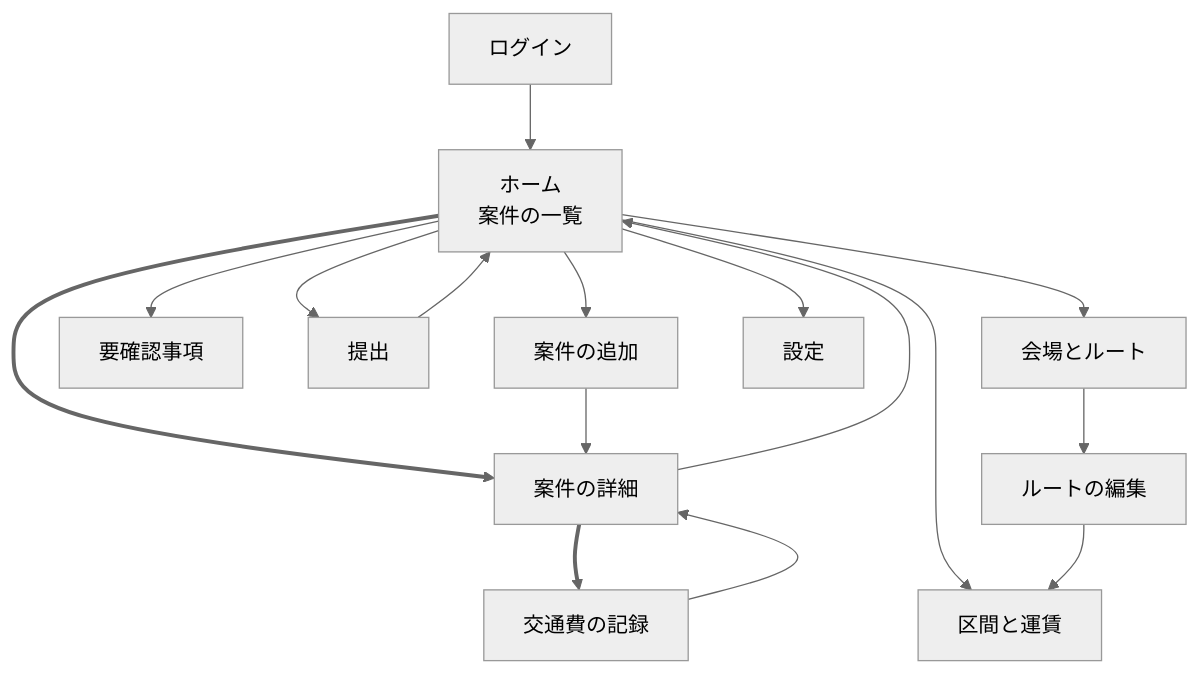
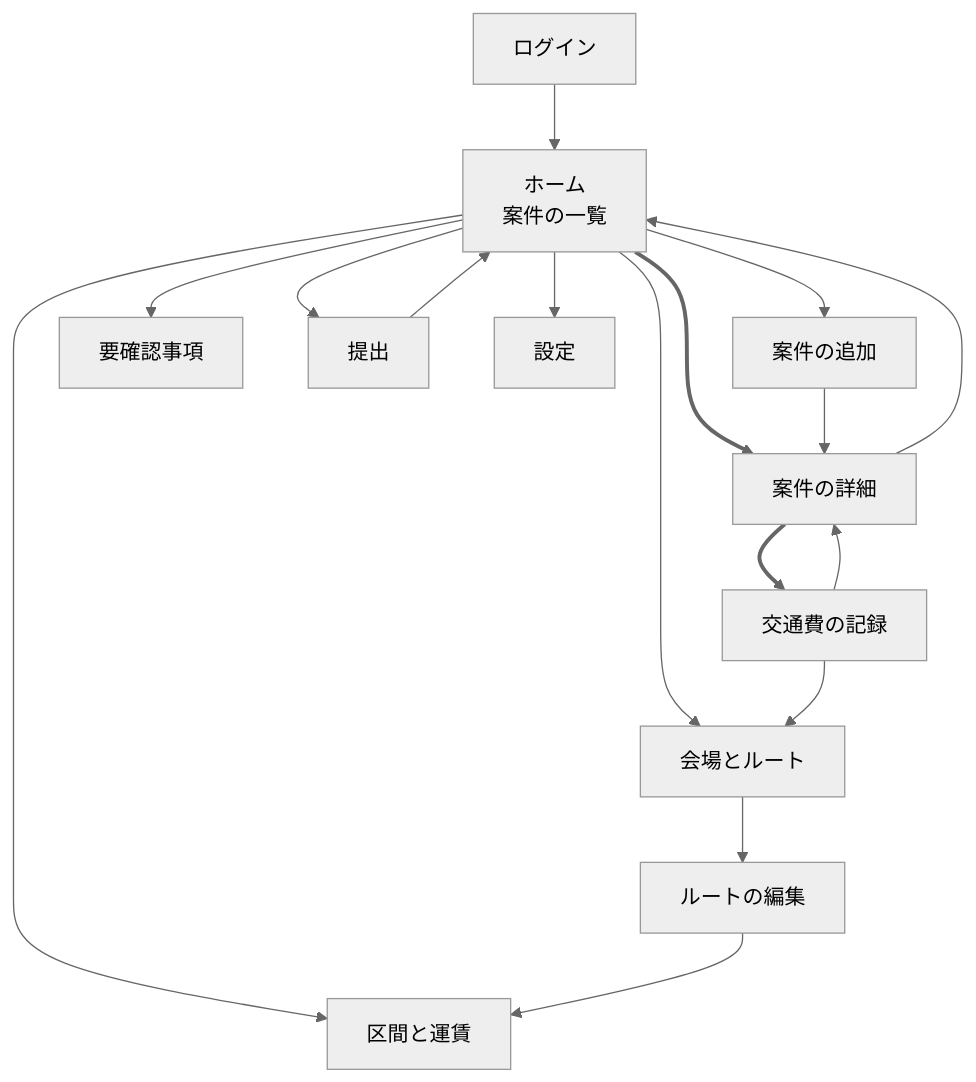
The diagram in docs/design/screens.md (tk-media-code/expense-claim), drawn with Mermaid (neutral theme) before and after one commit. The commit also changed other lines of this file and 1 other file, not shown here.

````diff
--- a/docs/design/screens.md
+++ b/docs/design/screens.md
@@ -22,28 +22,29 @@
 ```mermaid
 flowchart TD
     login["ログイン"] --> home
 
     home["ホーム<br/>案件の一覧"]
 
     home --> detail["案件の詳細"]
     home --> add["案件の追加"]
     home --> attention["要確認事項"]
     home --> submit["提出"]
     home --> venues["会場とルート"]
     home --> segments["区間と運賃"]
     home --> settings["設定"]
 
     detail --> record["交通費の記録"]
     detail --> home
 
     venues --> routeEdit["ルートの編集"]
     routeEdit --> segments
 
     record --> detail
+    record --> venues
 
     submit --> home
     add --> detail
 
     linkStyle 1 stroke-width:3px
     linkStyle 8 stroke-width:3px
 ```
````
